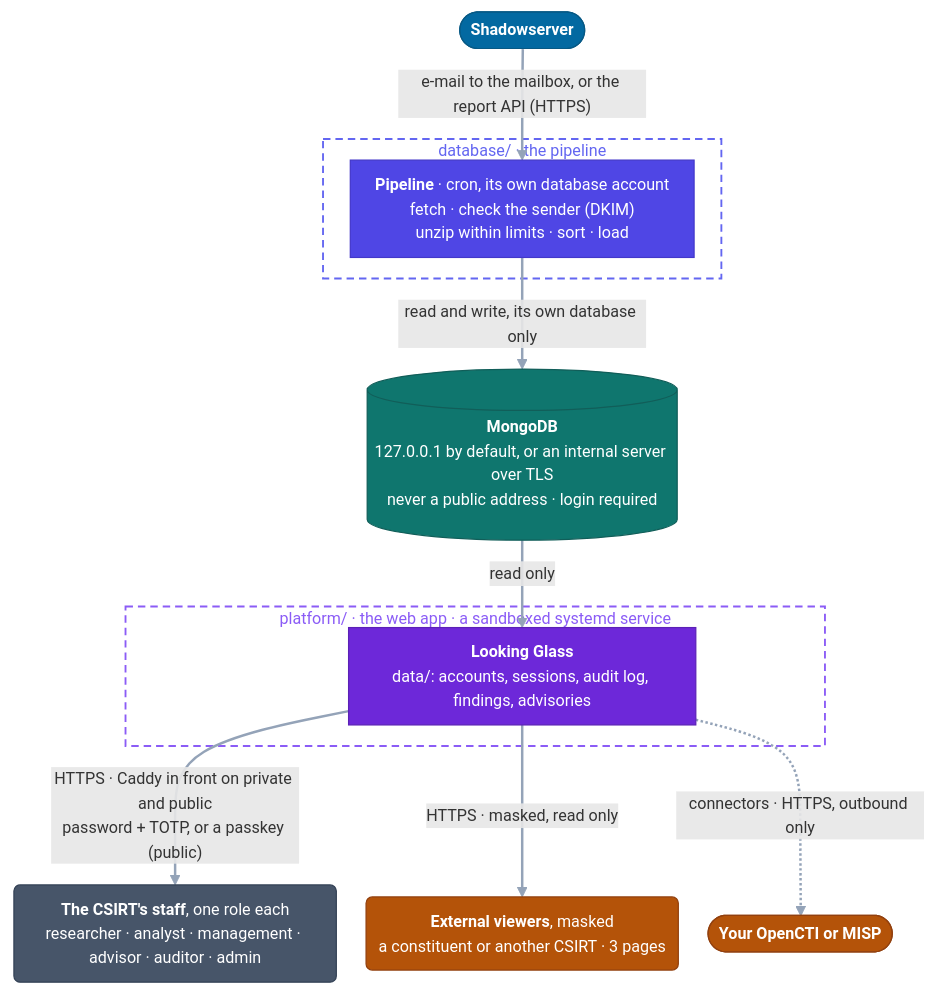
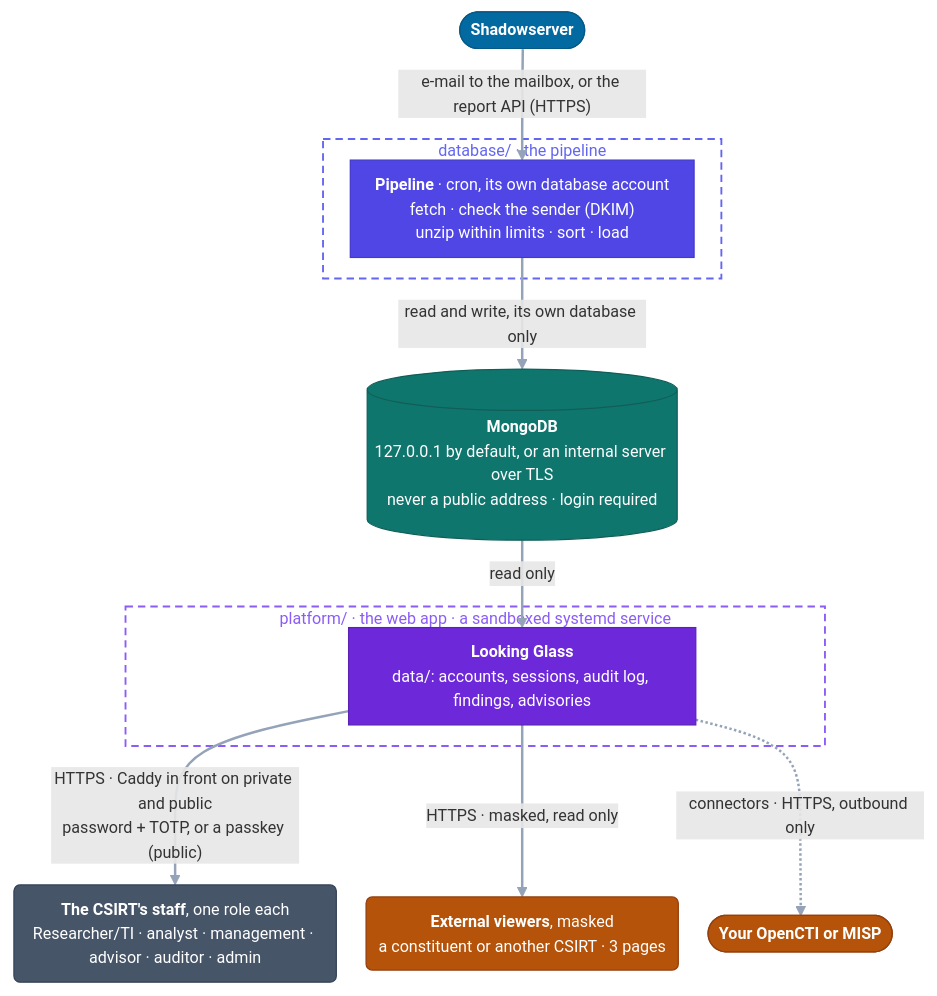
The diagram in docs/ARCHITECTURE.md (anonghosty/looking-glass), drawn with Mermaid before and after one commit. The commit also changed other lines of this file and 159 other files, not shown here.

Commit message:
Update Looking Glass from Settings (signed release, backup, automatic roll back), choose how sign-in is checked, Caddy in front of a running installation in one command, no sign-in names in the pages, ATT&CK for nearly every report, and the Researcher/TI role name

````diff
--- a/docs/ARCHITECTURE.md
+++ b/docs/ARCHITECTURE.md
@@ -17,30 +17,30 @@
 ```mermaid
 %%{init: {"themeVariables": {"fontSize": "13px"}, "flowchart": {"curve": "basis", "nodeSpacing": 24, "rankSpacing": 34, "padding": 10, "wrappingWidth": 240}}}%%
 flowchart TD
     SS(["<b>Shadowserver</b>"]):::src
     subgraph DB["database/ · the pipeline"]
         F1["<b>Pipeline</b> · cron, its own database account<br/>fetch · check the sender (DKIM)<br/>unzip within limits · sort · load"]:::pipe
     end
     M[("<b>MongoDB</b><br/>127.0.0.1 by default, or an internal server over TLS<br/>never a public address · login required")]:::db
     subgraph PF["platform/ · the web app · a sandboxed systemd service"]
         W["<b>Looking Glass</b><br/>data/: accounts, sessions, audit log, findings, advisories"]:::app
     end
-    B("<b>The CSIRT's staff</b>, one role each<br/>researcher · analyst · management · advisor · auditor · admin"):::people
+    B("<b>The CSIRT's staff</b>, one role each<br/>Researcher/TI · analyst · management · advisor · auditor · admin"):::people
     E("<b>External viewers</b>, masked<br/>a constituent or another CSIRT · 3 pages"):::ext
     C(["<b>Your OpenCTI or MISP</b>"]):::ext
     SS -- "e-mail to the mailbox, or the report API (HTTPS)" --> F1
     F1 -- "read and write, its own database only" --> M
     M -- "read only" --> W
     W -- "HTTPS · Caddy in front on private and public<br/>password + TOTP, or a passkey (public)" --> B
     W -- "HTTPS · masked, read only" --> E
     W -. "connectors · HTTPS, outbound only" .-> C
     classDef src fill:#0369a1,stroke:#075985,color:#fff
     classDef pipe fill:#4f46e5,stroke:#4338ca,color:#fff
     classDef db fill:#0f766e,stroke:#115e59,color:#fff
     classDef app fill:#6d28d9,stroke:#5b21b6,color:#fff
     classDef people fill:#475569,stroke:#334155,color:#fff
     classDef ext fill:#b45309,stroke:#92400e,color:#fff
     linkStyle default stroke:#94a3b8,stroke-width:2px
     style DB fill:transparent,stroke:#6366f1,stroke-width:1.5px,stroke-dasharray:6 4,color:#6366f1
     style PF fill:transparent,stroke:#8b5cf6,stroke-width:1.5px,stroke-dasharray:6 4,color:#8b5cf6
 ```
````
